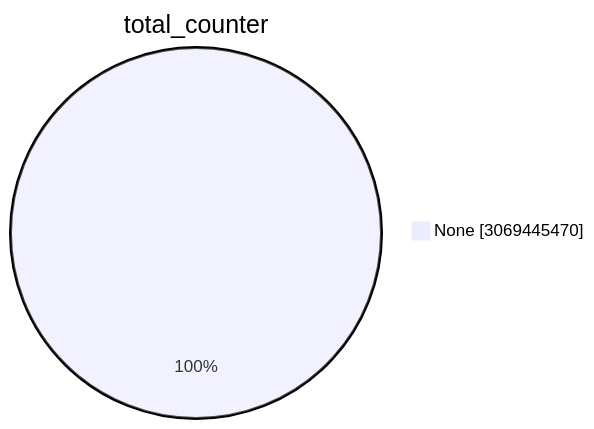
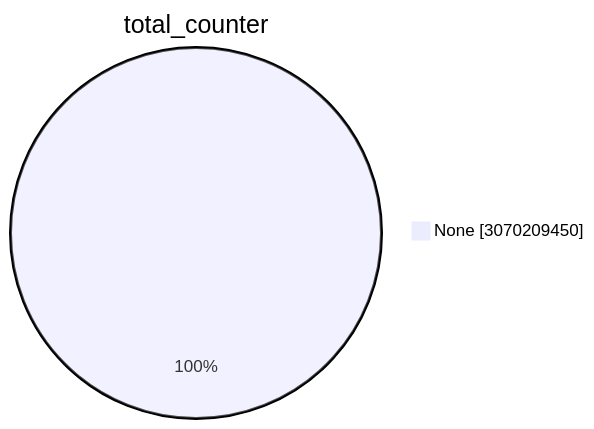
The first of 15 diagrams in TOTAL/README.md (christiankrug/ctmonitor_visualization), drawn with Mermaid before and after one commit. The commit also changed other lines of this file, not shown here.

````diff
--- a/TOTAL/README.md
+++ b/TOTAL/README.md
@@ -1,5 +1,5 @@
 ```mermaid
 pie showData
 title total_counter
-"None" :3069445470
+"None" :3070209450
 ```
````
